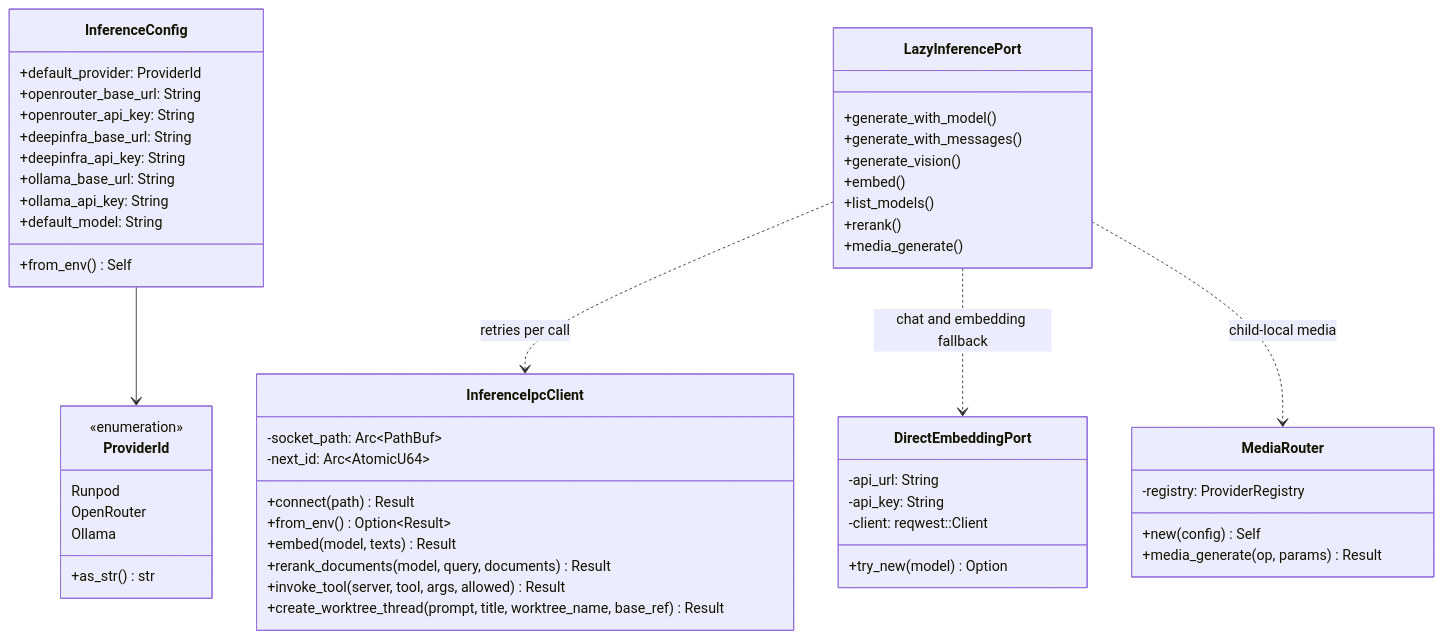
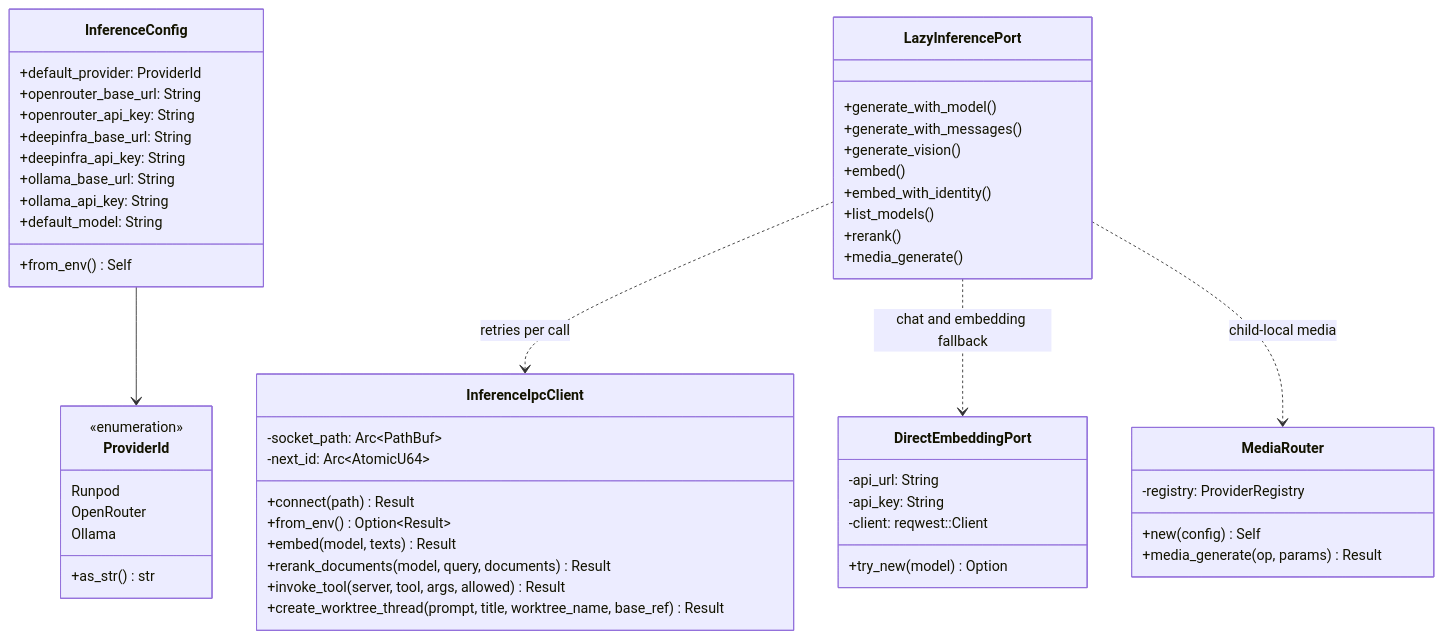
The first of 3 diagrams in kask/docs/diataxis/hkask-inference/reference.md (mdz-axo/zed-kask), drawn with Mermaid before and after one commit. The commit also changed other lines of this file and 43 other files, not shown here.

````diff
--- a/kask/docs/diataxis/hkask-inference/reference.md
+++ b/kask/docs/diataxis/hkask-inference/reference.md
@@ -40,56 +41,57 @@
 ```mermaid
 classDiagram
     class ProviderId {
         <<enumeration>>
         Runpod
         OpenRouter
         Ollama
         +as_str() str
     }
     class InferenceConfig {
         +default_provider: ProviderId
         +openrouter_base_url: String
         +openrouter_api_key: String
         +deepinfra_base_url: String
         +deepinfra_api_key: String
         +ollama_base_url: String
         +ollama_api_key: String
         +default_model: String
         +from_env() Self
     }
     class InferenceIpcClient {
         -socket_path: Arc~PathBuf~
         -next_id: Arc~AtomicU64~
         +connect(path) Result
         +from_env() Option~Result~
         +embed(model, texts) Result
         +rerank_documents(model, query, documents) Result
         +invoke_tool(server, tool, args, allowed) Result
         +create_worktree_thread(prompt, title, worktree_name, base_ref) Result
     }
     class LazyInferencePort {
         +generate_with_model()
         +generate_with_messages()
         +generate_vision()
         +embed()
+        +embed_with_identity()
         +list_models()
         +rerank()
         +media_generate()
     }
     class DirectEmbeddingPort {
         -api_url: String
         -api_key: String
         -client: reqwest::Client
         +try_new(model) Option
     }
     class MediaRouter {
         -registry: ProviderRegistry
         +new(config) Self
         +media_generate(op, params) Result
     }
 
     InferenceConfig --> ProviderId
     LazyInferencePort ..> InferenceIpcClient : retries per call
     LazyInferencePort ..> DirectEmbeddingPort : chat and embedding fallback
     LazyInferencePort ..> MediaRouter : child-local media
 ```
````
